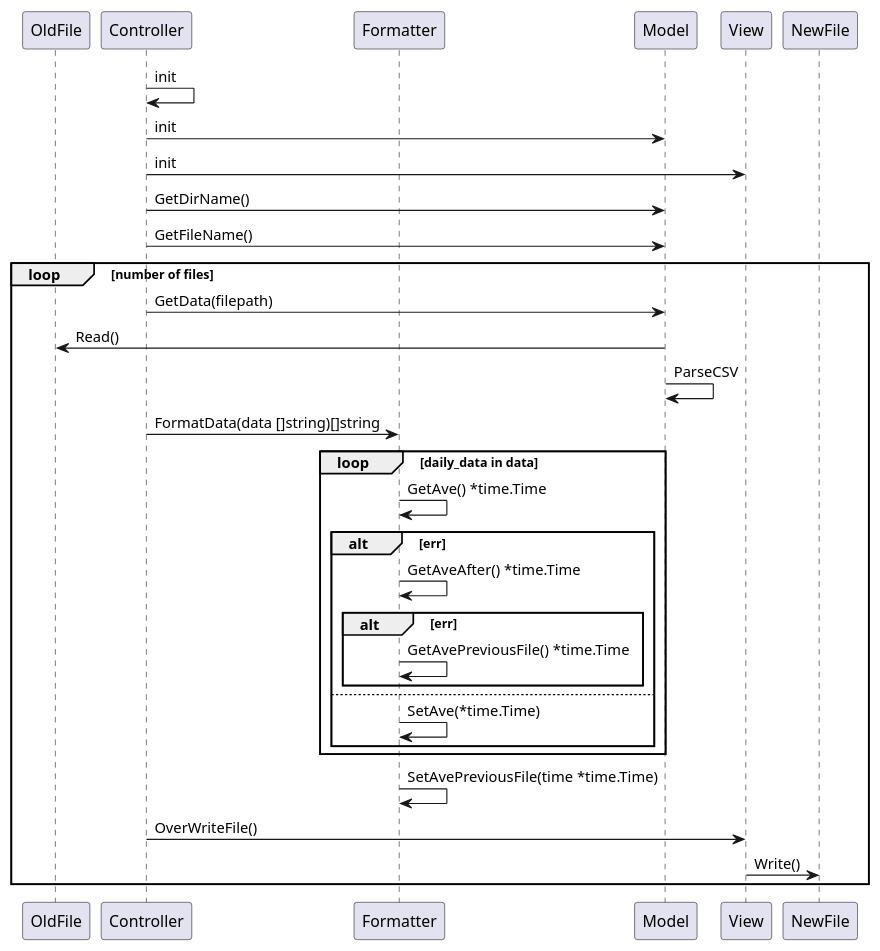
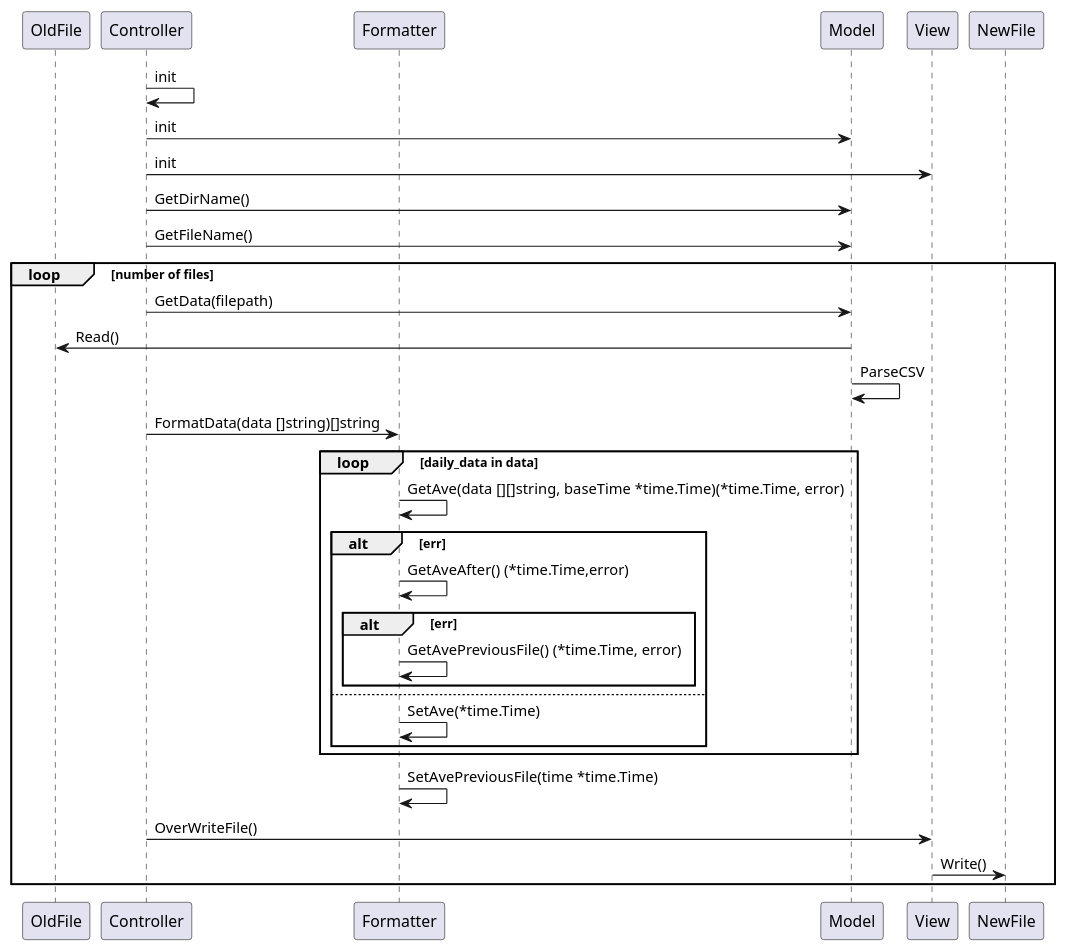
One commit to Issei0804-ie/lab11 changed the diagram in sequenceDiagram.puml. Above: the diagram before and after it, drawn with PlantUML.

```diff
--- a/sequenceDiagram.puml
+++ b/sequenceDiagram.puml
@@ -1,38 +1,38 @@
 @startuml
 participant OldFile
 participant Controller
 participant Formatter
 participant Model
 participant View
 participant NewFile
 
 Controller -> Controller : init
 Controller -> Model : init
 Controller -> View : init
 
 Controller -> Model : GetDirName()
 Controller -> Model : GetFileName()
 loop number of files
     Controller -> Model : GetData(filepath)
     Model -> OldFile : Read()
     Model -> Model : ParseCSV
     Controller -> Formatter : FormatData(data []string)[]string
 
     loop daily_data in data
-        Formatter -> Formatter : GetAve() *time.Time
+        Formatter -> Formatter : GetAve(data [][]string, baseTime *time.Time)(*time.Time, error)
         alt err
-            Formatter -> Formatter : GetAveAfter() *time.Time
+            Formatter -> Formatter : GetAveAfter() (*time.Time,error)
             alt err
-                Formatter -> Formatter : GetAvePreviousFile() *time.Time
+                Formatter -> Formatter : GetAvePreviousFile() (*time.Time, error)
             end
         else
             Formatter -> Formatter : SetAve(*time.Time)
         end
     end
     Formatter -> Formatter : SetAvePreviousFile(time *time.Time)
     Controller -> View : OverWriteFile()
     View -> NewFile : Write()
 end
 
 
 @enduml
```
